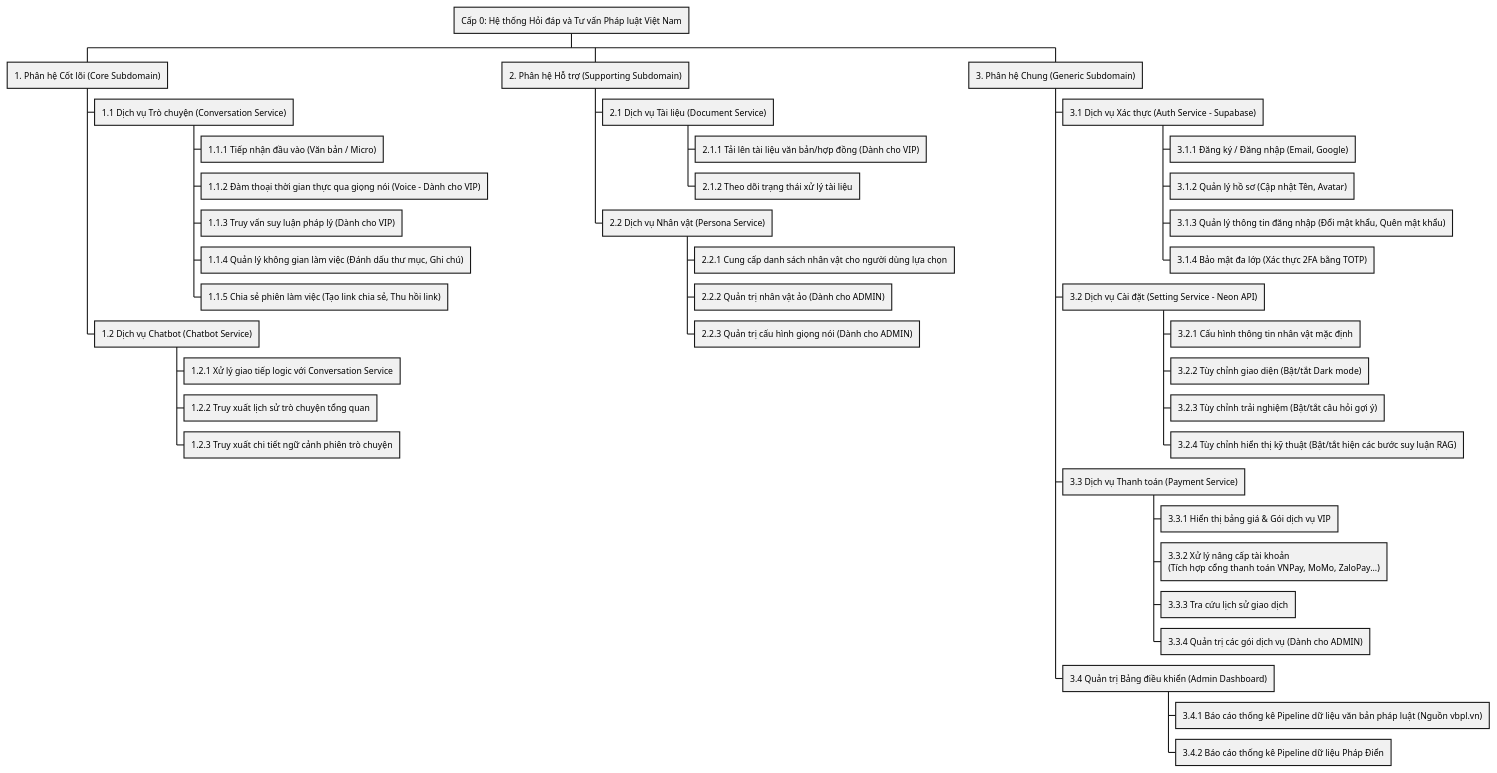
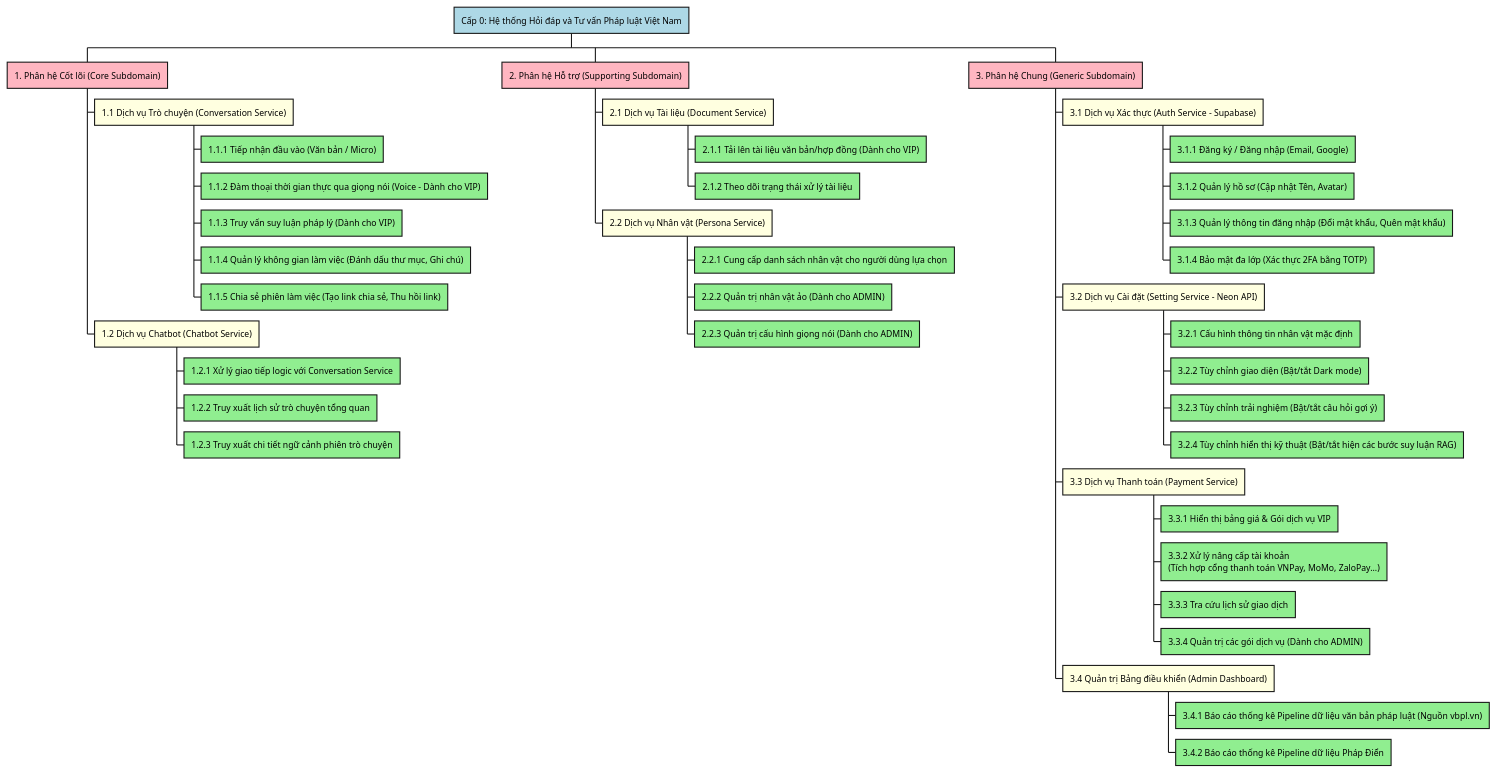
Before and after one commit to 20206205Tech/docs-markdown: the diagram in docs/1. Tổng quan đề tài/1.3. Bài toán nghiệp vụ/xyz/xyz.puml, drawn with PlantUML. The commit also changed 1 other file, not shown here.

```diff
--- a/docs/1. Tổng quan đề tài/1.3. Bài toán nghiệp vụ/xyz/xyz.puml
+++ b/docs/1. Tổng quan đề tài/1.3. Bài toán nghiệp vụ/xyz/xyz.puml
@@ -1,43 +1,59 @@
 @startwbs
+<style>
+wbsDiagram {
+  :depth(0) {
+    BackgroundColor LightBlue
+  }
+  :depth(1) {
+    BackgroundColor LightPink
+  }
+  :depth(2) {
+    BackgroundColor LightYellow
+  }
+  :depth(3) {
+    BackgroundColor LightGreen
+  }
+}
+</style>
 * Cấp 0: Hệ thống Hỏi đáp và Tư vấn Pháp luật Việt Nam
 ** 1. Phân hệ Cốt lõi (Core Subdomain)
 *** 1.1 Dịch vụ Trò chuyện (Conversation Service)
 **** 1.1.1 Tiếp nhận đầu vào (Văn bản / Micro)
 **** 1.1.2 Đàm thoại thời gian thực qua giọng nói (Voice - Dành cho VIP)
 **** 1.1.3 Truy vấn suy luận pháp lý (Dành cho VIP)
 **** 1.1.4 Quản lý không gian làm việc (Đánh dấu thư mục, Ghi chú)
 **** 1.1.5 Chia sẻ phiên làm việc (Tạo link chia sẻ, Thu hồi link)
 *** 1.2 Dịch vụ Chatbot (Chatbot Service)
 **** 1.2.1 Xử lý giao tiếp logic với Conversation Service
 **** 1.2.2 Truy xuất lịch sử trò chuyện tổng quan
 **** 1.2.3 Truy xuất chi tiết ngữ cảnh phiên trò chuyện
 
 ** 2. Phân hệ Hỗ trợ (Supporting Subdomain)
 *** 2.1 Dịch vụ Tài liệu (Document Service)
 **** 2.1.1 Tải lên tài liệu văn bản/hợp đồng (Dành cho VIP)
 **** 2.1.2 Theo dõi trạng thái xử lý tài liệu
 *** 2.2 Dịch vụ Nhân vật (Persona Service)
 **** 2.2.1 Cung cấp danh sách nhân vật cho người dùng lựa chọn
 **** 2.2.2 Quản trị nhân vật ảo (Dành cho ADMIN)
 **** 2.2.3 Quản trị cấu hình giọng nói (Dành cho ADMIN)
 
 ** 3. Phân hệ Chung (Generic Subdomain)
 *** 3.1 Dịch vụ Xác thực (Auth Service - Supabase)
 **** 3.1.1 Đăng ký / Đăng nhập (Email, Google)
 **** 3.1.2 Quản lý hồ sơ (Cập nhật Tên, Avatar)
 **** 3.1.3 Quản lý thông tin đăng nhập (Đổi mật khẩu, Quên mật khẩu)
 **** 3.1.4 Bảo mật đa lớp (Xác thực 2FA bằng TOTP)
 *** 3.2 Dịch vụ Cài đặt (Setting Service - Neon API)
 **** 3.2.1 Cấu hình thông tin nhân vật mặc định
 **** 3.2.2 Tùy chỉnh giao diện (Bật/tắt Dark mode)
 **** 3.2.3 Tùy chỉnh trải nghiệm (Bật/tắt câu hỏi gợi ý)
 **** 3.2.4 Tùy chỉnh hiển thị kỹ thuật (Bật/tắt hiện các bước suy luận RAG)
 *** 3.3 Dịch vụ Thanh toán (Payment Service)
 **** 3.3.1 Hiển thị bảng giá & Gói dịch vụ VIP
 **** 3.3.2 Xử lý nâng cấp tài khoản \n(Tích hợp cổng thanh toán VNPay, MoMo, ZaloPay...)
 **** 3.3.3 Tra cứu lịch sử giao dịch
 **** 3.3.4 Quản trị các gói dịch vụ (Dành cho ADMIN)
 *** 3.4 Quản trị Bảng điều khiển (Admin Dashboard)
 **** 3.4.1 Báo cáo thống kê Pipeline dữ liệu văn bản pháp luật (Nguồn vbpl.vn)
 **** 3.4.2 Báo cáo thống kê Pipeline dữ liệu Pháp Điển
 @endwbs
```
